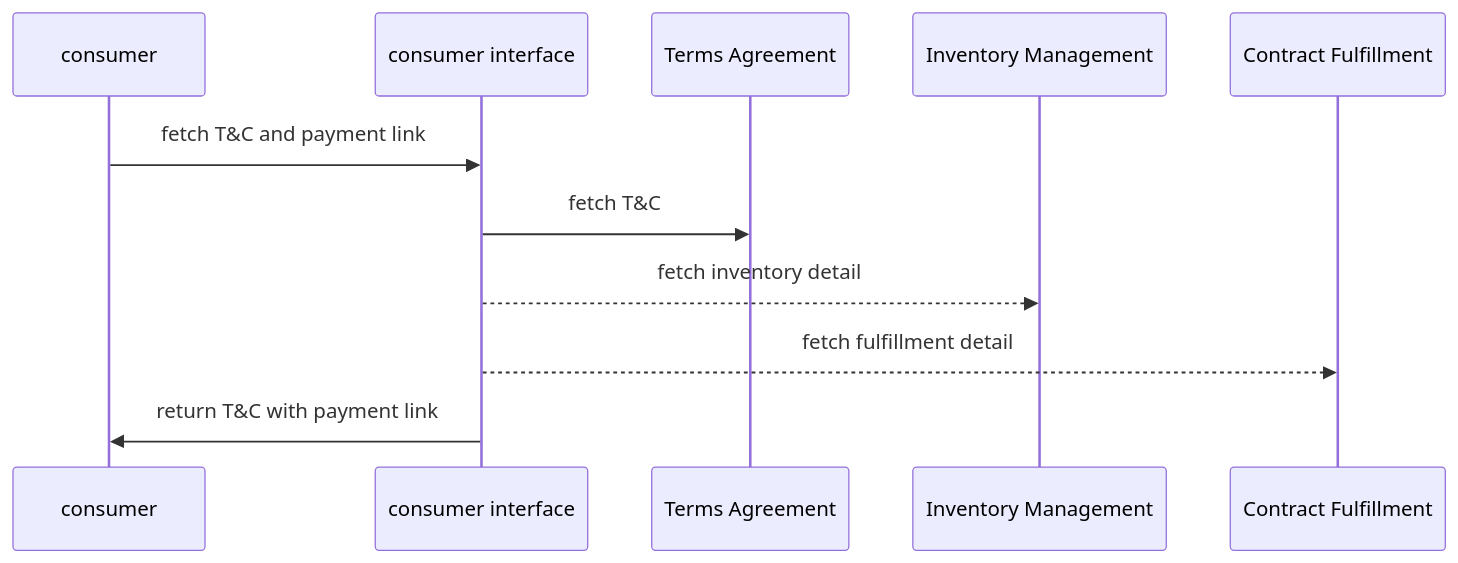
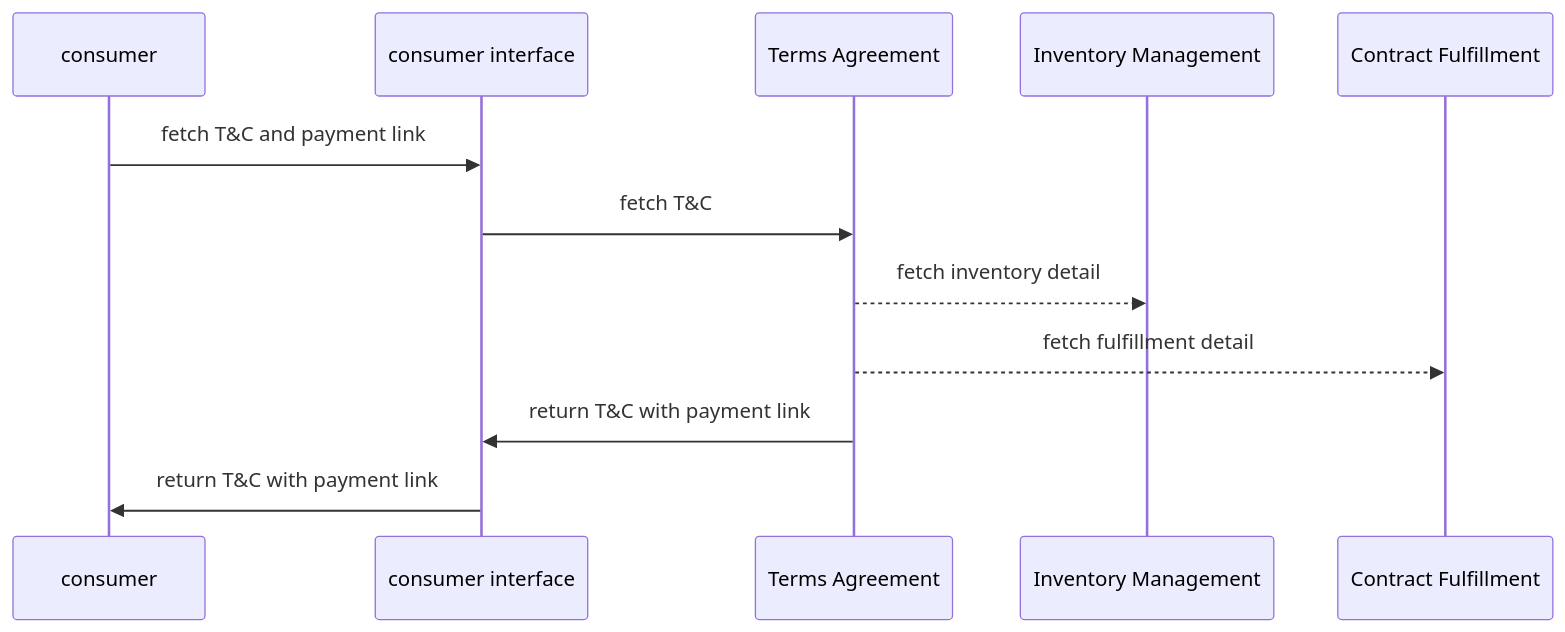
Before and after one commit to GovStackWorkingGroup/bb-emarketplace: the third of 15 diagrams in spec/9-workflows.md, drawn with Mermaid. The commit also changed other lines of this file and 3 other files, not shown here.

````diff
--- a/spec/9-workflows.md
+++ b/spec/9-workflows.md
@@ -76,11 +78,12 @@
 ```mermaid
 sequenceDiagram
 consumer->>consumer interface: fetch T&C and payment link
     consumer interface->>Terms Agreement: fetch T&C
-consumer interface-->>Inventory Management: fetch inventory detail
-consumer interface-->>Contract Fulfillment: fetch fulfillment detail
+Terms Agreement-->>Inventory Management: fetch inventory detail
+Terms Agreement-->>Contract Fulfillment: fetch fulfillment detail
+Terms Agreement->>consumer interface: return T&C with payment link 
 consumer interface->>consumer:return T&C with payment link
 
             
 
 ```
````
